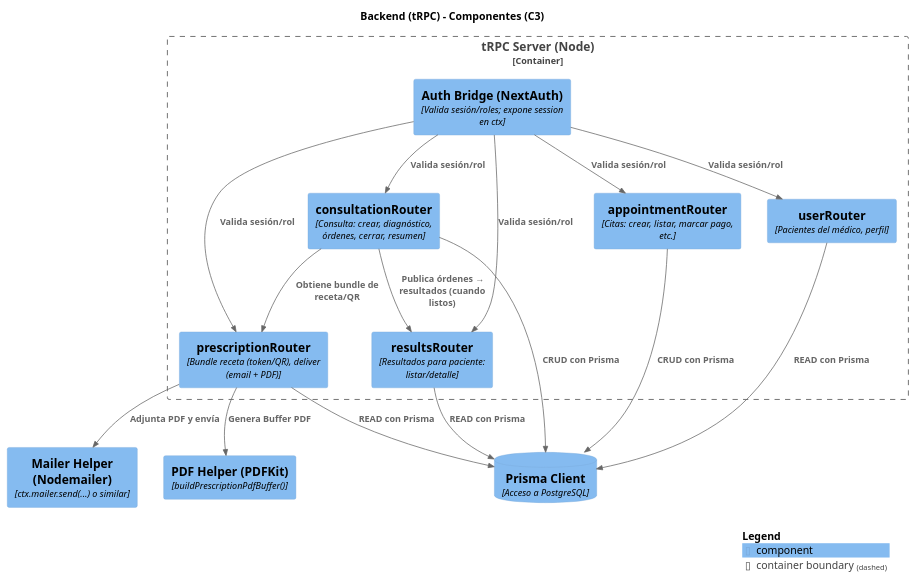
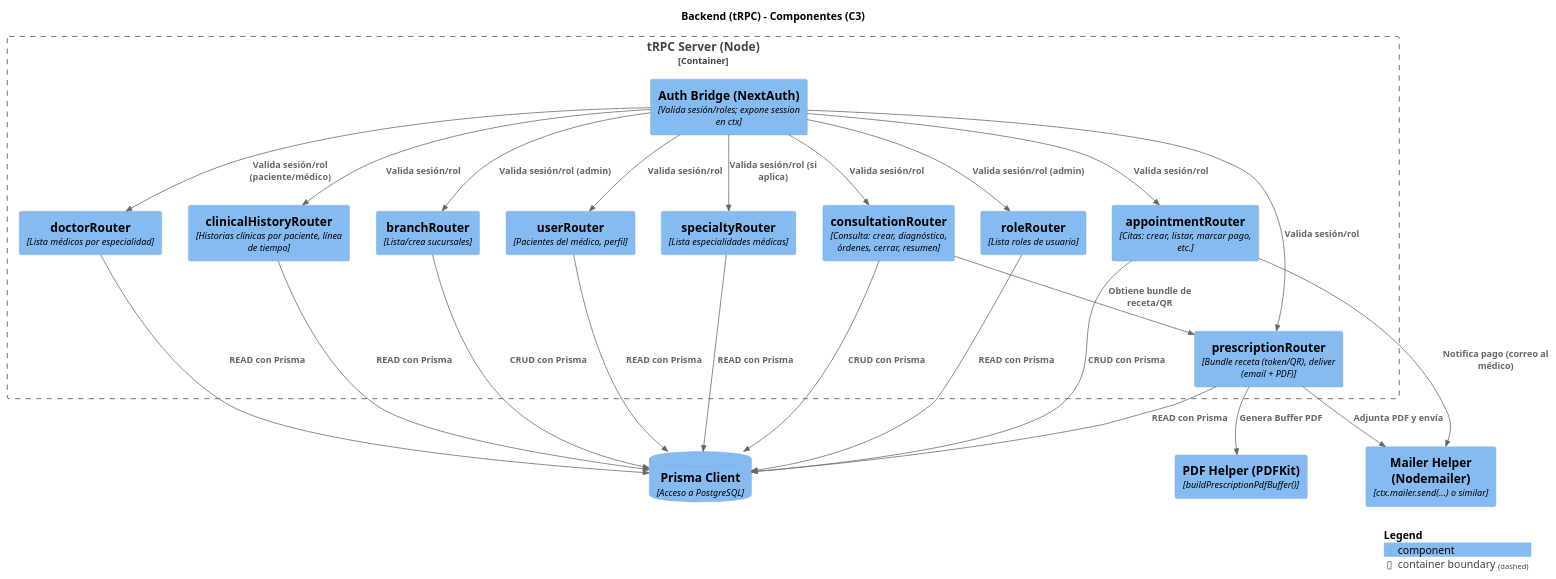
One commit to fredanup/prescripcion-medica changed the diagram in diagrams/c4/c4-component.puml. Above: the diagram before and after it, drawn with PlantUML. The commit also changed 1 other file, not shown here.

```diff
--- a/diagrams/c4/c4-component.puml
+++ b/diagrams/c4/c4-component.puml
@@ -1,40 +1,60 @@
 @startuml C3-Componentes-Backend
 ' ==== Includes C4 ====
 !include https://raw.githubusercontent.com/plantuml-stdlib/C4-PlantUML/master/C4_Component.puml
 
 title Backend (tRPC) – Componentes (C3)
 
 Container_Boundary(trpc, "tRPC Server (Node)") {
-  Component(auth, "Auth Bridge (NextAuth)", "Valida sesión/roles; expone session en ctx")
-  Component(appRouter, "appointmentRouter", "Citas: crear, listar, marcar pago, etc.")
-  Component(consultRouter, "consultationRouter", "Consulta: crear, diagnóstico, órdenes, cerrar, resumen")
-  Component(resultsRouter, "resultsRouter", "Resultados para paciente: listar/detalle")
-  Component(prescription, "prescriptionRouter", "Bundle receta (token/QR), deliver (email + PDF)")
-  Component(userRouter, "userRouter", "Pacientes del médico, perfil")
+    Component(auth, "Auth Bridge (NextAuth)", "Valida sesión/roles; expone session en ctx")
+    Component(appRouter, "appointmentRouter", "Citas: crear, listar, marcar pago, etc.")
+    Component(consultRouter, "consultationRouter", "Consulta: crear, diagnóstico, órdenes, cerrar, resumen")
+    Component(prescription, "prescriptionRouter", "Bundle receta (token/QR), deliver (email + PDF)")
+    Component(userRouter, "userRouter", "Pacientes del médico, perfil")
+    Component(specialtyRouter, "specialtyRouter", "Lista especialidades médicas")
+    Component(roleRouter, "roleRouter", "Lista roles de usuario")
+    Component(doctorRouter, "doctorRouter", "Lista médicos por especialidad")
+    Component(clinicalHistoryRouter, "clinicalHistoryRouter", "Historias clínicas por paciente, línea de tiempo")
+    Component(branchRouter, "branchRouter", "Lista/crea sucursales")
 }
 
 ComponentDb(db, "Prisma Client", "Acceso a PostgreSQL")
 Component(pdfsvc, "PDF Helper (PDFKit)", "buildPrescriptionPdfBuffer()")
 Component(mailer, "Mailer Helper (Nodemailer)", "ctx.mailer.send(...) o similar")
 
+' ===== Relaciones de autenticación / autorización =====
 Rel(auth, appRouter, "Valida sesión/rol")
 Rel(auth, consultRouter, "Valida sesión/rol")
-Rel(auth, resultsRouter, "Valida sesión/rol")
 Rel(auth, prescription, "Valida sesión/rol")
 Rel(auth, userRouter, "Valida sesión/rol")
+Rel(auth, clinicalHistoryRouter, "Valida sesión/rol")
+Rel(auth, branchRouter, "Valida sesión/rol (admin)")
+Rel(auth, doctorRouter, "Valida sesión/rol (paciente/médico)")
+Rel(auth, specialtyRouter, "Valida sesión/rol (si aplica)")
+Rel(auth, roleRouter, "Valida sesión/rol (admin)")
 
+' ===== Acceso a datos (Prisma) =====
 Rel(appRouter, db, "CRUD con Prisma")
 Rel(consultRouter, db, "CRUD con Prisma")
-Rel(resultsRouter, db, "READ con Prisma")
 Rel(prescription, db, "READ con Prisma")
 Rel(userRouter, db, "READ con Prisma")
+Rel(specialtyRouter, db, "READ con Prisma")
+Rel(roleRouter, db, "READ con Prisma")
+Rel(doctorRouter, db, "READ con Prisma")
+Rel(clinicalHistoryRouter, db, "READ con Prisma")
+Rel(branchRouter, db, "CRUD con Prisma")
 
+' ===== Integraciones auxiliares =====
 Rel(prescription, pdfsvc, "Genera Buffer PDF")
 Rel(prescription, mailer, "Adjunta PDF y envía")
 
+' (Opcional) Notificación al médico después del pago
+Rel(appRouter, mailer, "Notifica pago (correo al médico)")
+
+' ===== Vínculos funcionales entre dominios =====
 Rel(consultRouter, prescription, "Obtiene bundle de receta/QR")
-Rel(consultRouter, resultsRouter, "Publica órdenes → resultados (cuando listos)")
 
+' Nota: clinicalHistoryRouter consume datos generados por consultationRouter/appointmentRouter a través de la BD (no llamada directa).
+' Se deja solo la relación a DB para evitar acoplamiento artificial entre routers.
 
 SHOW_LEGEND()
 @enduml
```
